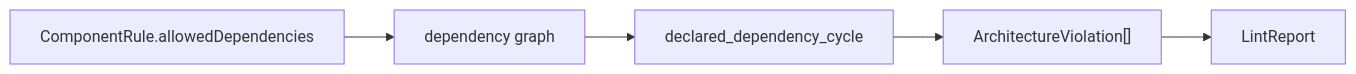
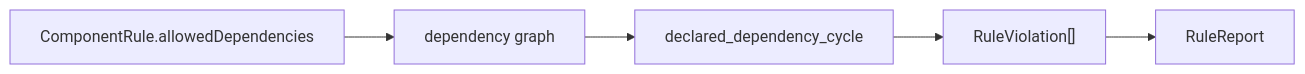
The fifth of 9 diagrams in docs/ARCHITECTURE_SNAPSHOT.md (RoyalPineapple/BumperBowling), drawn with Mermaid before and after one commit. The commit also changed other lines of this file and 54 other files, not shown here.

First line of the commit message:
Open shaper architecture: BumperProject, one engine, one runner (0.5.0) (#39)

````diff
--- a/docs/ARCHITECTURE_SNAPSHOT.md
+++ b/docs/ARCHITECTURE_SNAPSHOT.md
@@ -72,7 +72,7 @@
 ```mermaid
 flowchart LR
     Dependencies["ComponentRule.allowedDependencies"] --> Graph["dependency graph"]
     Graph --> DeclaredDependencyCycle["declared_dependency_cycle"]
-    DeclaredDependencyCycle --> Findings["ArchitectureViolation[]"]
-    Findings --> Report["LintReport"]
+    DeclaredDependencyCycle --> Findings["RuleViolation[]"]
+    Findings --> Report["RuleReport"]
 ```
````
